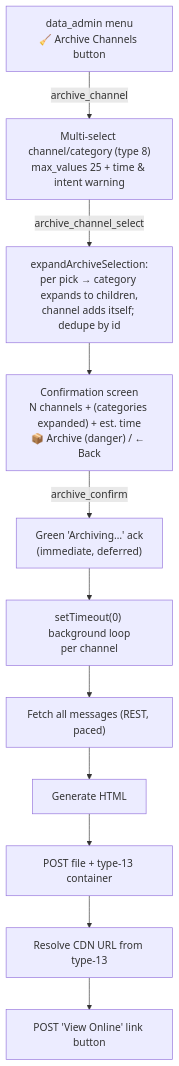
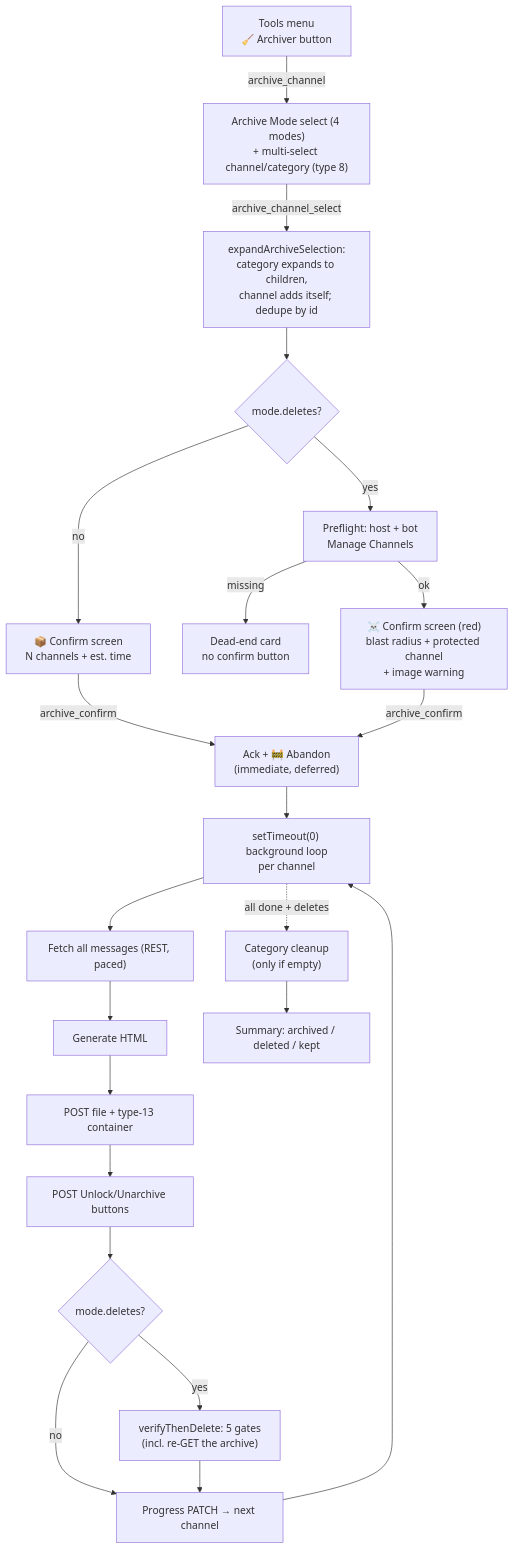
Before and after one commit to extremedonkey/castbot: the diagram in docs/03-features/ChannelArchive.md, drawn with Mermaid. The commit also changed other lines of this file and 11 other files, not shown here.

````diff
--- a/docs/03-features/ChannelArchive.md
+++ b/docs/03-features/ChannelArchive.md
@@ -42,13 +42,24 @@
 ```mermaid
 flowchart TD
-  A["data_admin menu<br/>🧹 Archive Channels button"] -->|archive_channel| B["Multi-select channel/category (type 8)<br/>max_values 25 + time & intent warning"]
-  B -->|archive_channel_select| C["expandArchiveSelection:<br/>per pick → category expands to children,<br/>channel adds itself; dedupe by id"]
-  C --> F["Confirmation screen<br/>N channels + (categories expanded) + est. time<br/>📦 Archive (danger) / ← Back"]
-  F -->|archive_confirm| G["Green 'Archiving…' ack<br/>(immediate, deferred)"]
+  A["Tools menu<br/>🧹 Archiver button"] -->|archive_channel| B["Archive Mode select (4 modes)<br/>+ multi-select channel/category (type 8)"]
+  B -->|archive_channel_select| C["expandArchiveSelection:<br/>category expands to children,<br/>channel adds itself; dedupe by id"]
+  C --> D{"mode.deletes?"}
+  D -->|no| F["📦 Confirm screen<br/>N channels + est. time"]
+  D -->|yes| E["Preflight: host + bot<br/>Manage Channels"]
+  E -->|missing| E2["Dead-end card<br/>no confirm button"]
+  E -->|ok| F2["☠️ Confirm screen (red)<br/>blast radius + protected channel<br/>+ image warning"]
+  F -->|archive_confirm| G["Ack + 🚧 Abandon<br/>(immediate, deferred)"]
+  F2 -->|archive_confirm| G
   G --> H["setTimeout(0) background loop<br/>per channel"]
   H --> I["Fetch all messages (REST, paced)"]
   I --> J["Generate HTML"]
   J --> K["POST file + type-13 container"]
-  K --> L["Resolve CDN URL from type-13"]
-  L --> M["POST 'View Online' link button"]
+  K --> L["POST Unlock/Unarchive buttons"]
+  L --> N{"mode.deletes?"}
+  N -->|no| P["Progress PATCH → next channel"]
+  N -->|yes| O["verifyThenDelete: 5 gates<br/>(incl. re-GET the archive)"]
+  O --> P
+  P --> H
+  H -.->|all done + deletes| Q["Category cleanup<br/>(only if empty)"]
+  Q --> R["Summary: archived / deleted / kept"]
 ```
````
